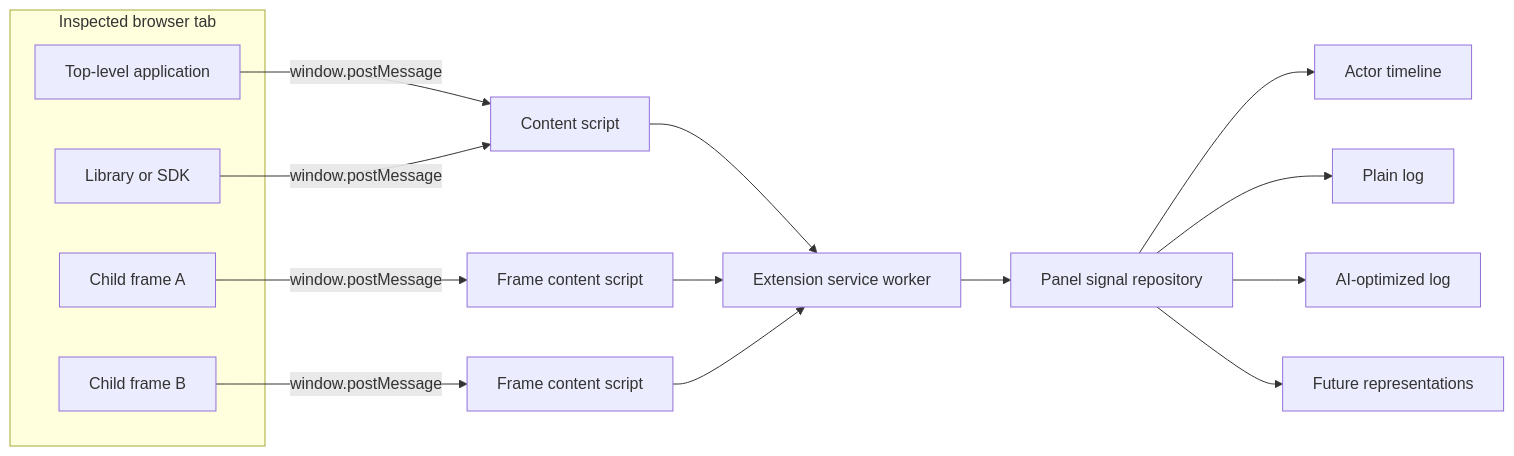
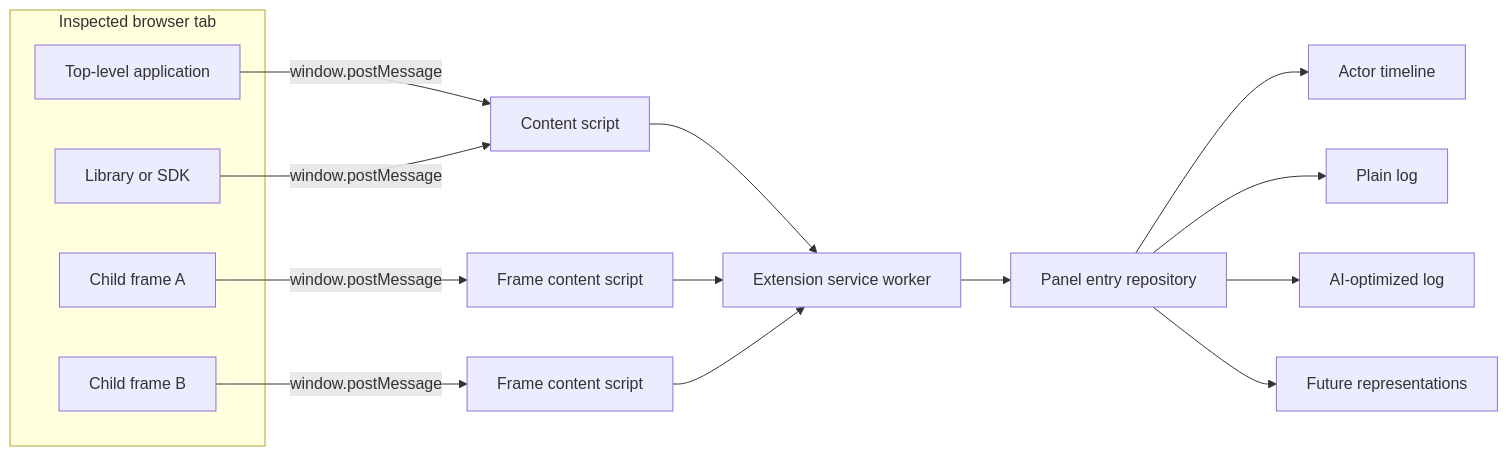
Before and after one commit to Morjodrom/koshko: the diagram in koshko-inspector-requirements.md, drawn with Mermaid. The commit also changed other lines of this file and 28 other files, not shown here.

````diff
--- a/koshko-inspector-requirements.md
+++ b/koshko-inspector-requirements.md
@@ -88,24 +88,24 @@
 ```mermaid
 flowchart LR
     subgraph inspected[Inspected browser tab]
         host[Top-level application]
         sdk[Library or SDK]
         frameA[Child frame A]
         frameB[Child frame B]
     end
 
     host -->|window.postMessage| contentHost[Content script]
     sdk -->|window.postMessage| contentHost
     frameA -->|window.postMessage| contentA[Frame content script]
     frameB -->|window.postMessage| contentB[Frame content script]
 
     contentHost --> router[Extension service worker]
     contentA --> router
     contentB --> router
 
-    router --> repository[Panel signal repository]
+    router --> repository[Panel entry repository]
     repository --> timeline[Actor timeline]
     repository --> logs[Plain log]
     repository --> ai[AI-optimized log]
     repository --> future[Future representations]
 ```
````
